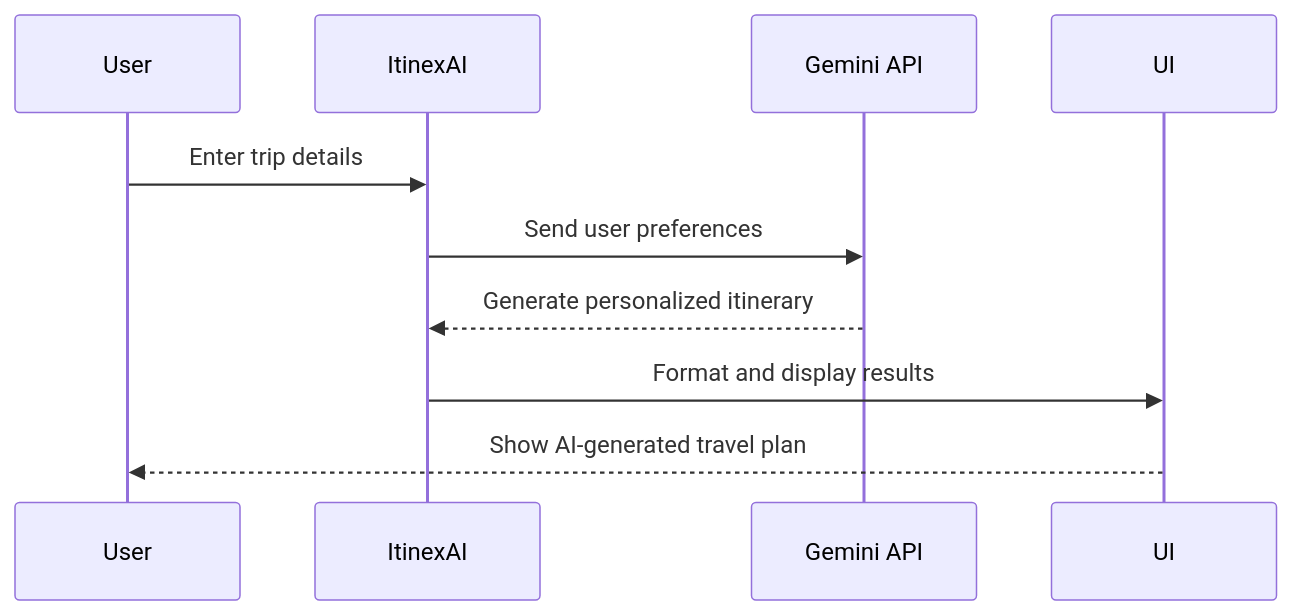
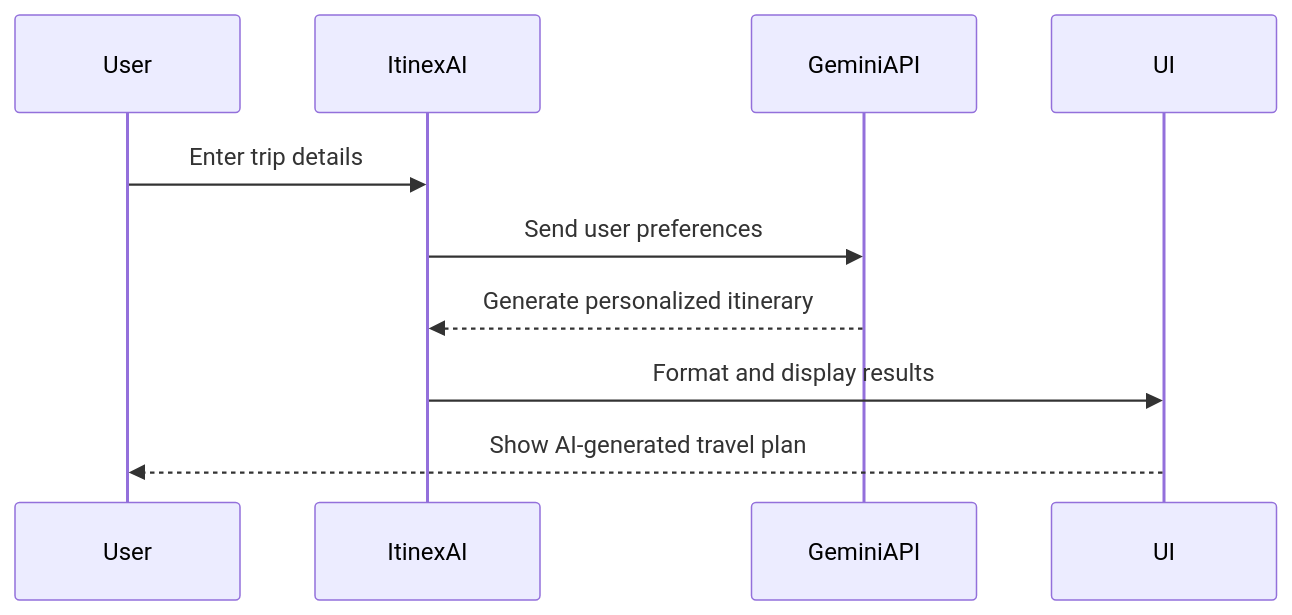
One commit to Maheshh-S/ItinexAI changed the second of 2 diagrams in README.md. Above: the diagram before and after it, drawn with Mermaid. The commit also changed other lines of this file, not shown here.

````diff
--- a/README.md
+++ b/README.md
@@ -50,12 +49,12 @@
 ```mermaid  
 sequenceDiagram  
     participant User  
     participant ItinexAI  
-    participant Gemini API  
+    participant GeminiAPI  
     participant UI  
     User->>ItinexAI: Enter trip details  
-    ItinexAI->>Gemini API: Send user preferences  
-    Gemini API-->>ItinexAI: Generate personalized itinerary  
+    ItinexAI->>GeminiAPI: Send user preferences  
+    GeminiAPI-->>ItinexAI: Generate personalized itinerary  
     ItinexAI->>UI: Format and display results  
     UI-->>User: Show AI-generated travel plan  
 ```  
````
